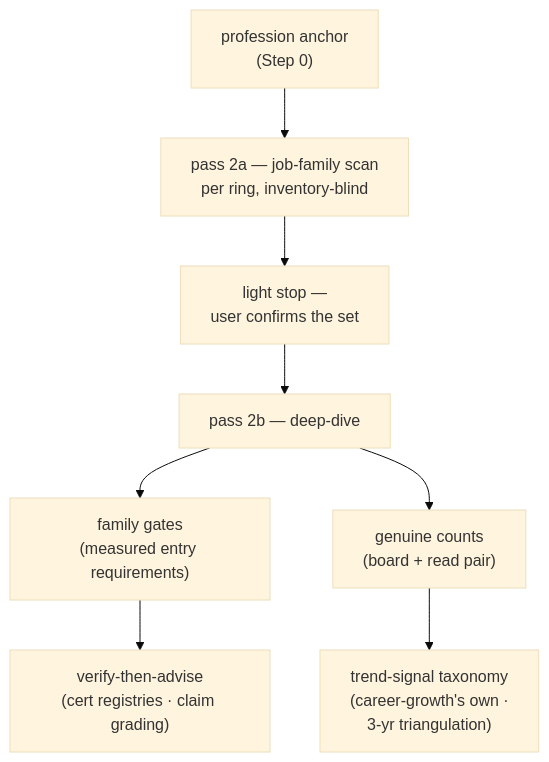
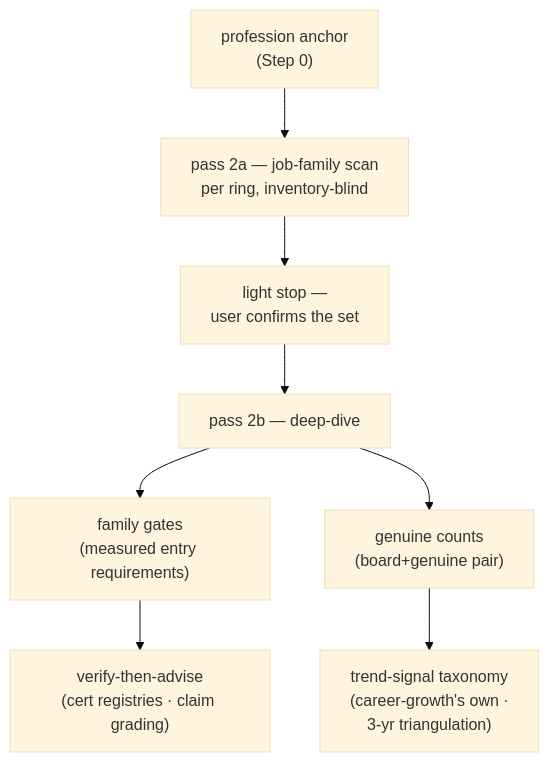
Before and after one commit to ThodsaphonSonthiphin/workflow-daily-work: the diagram in plugins/dev-workflows/skills/career-growth/references/market-sources.md, drawn with Mermaid (base theme). The commit also changed other lines of this file and 3 other files, not shown here.

````diff
--- a/plugins/dev-workflows/skills/career-growth/references/market-sources.md
+++ b/plugins/dev-workflows/skills/career-growth/references/market-sources.md
@@ -13,10 +13,10 @@
 ```mermaid
 flowchart TD
     PROF["profession anchor<br/>(Step 0)"] --> P2A["pass 2a — job-family scan<br/>per ring, inventory-blind"]
     P2A --> STOP["light stop —<br/>user confirms the set"]
     STOP --> P2B["pass 2b — deep-dive"]
     P2B --> GATES["family gates<br/>(measured entry requirements)"]
-    P2B --> GC["genuine counts<br/>(board + read pair)"]
+    P2B --> GC["genuine counts<br/>(board+genuine pair)"]
     GATES --> VTA["verify-then-advise<br/>(cert registries · claim grading)"]
     GC --> TT["trend-signal taxonomy<br/>(career-growth's own ·<br/>3-yr triangulation)"]
 ```
````
